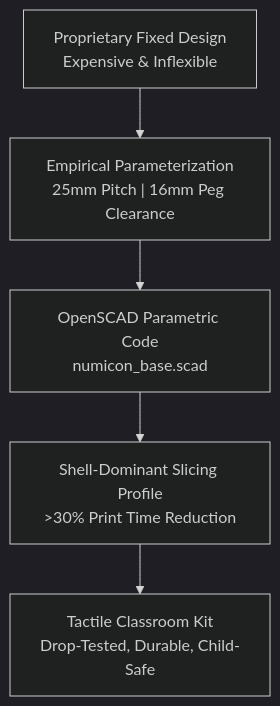
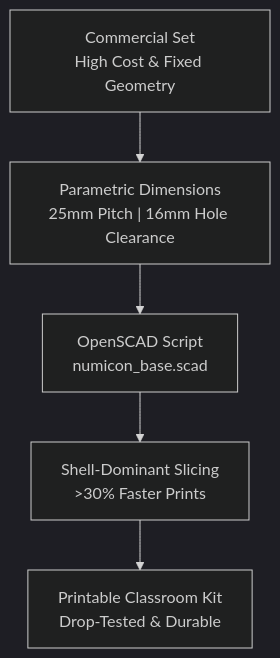
Before and after one commit to dhamodharankkp-oss/dhamodharan-kkp: the diagram in projects/toy-designs-and-products/numicon-math-shapes.md, drawn with Mermaid (dark theme). The commit also changed other lines of this file and 1 other file, not shown here.

Commit message:
Refine writing tone for Numicon Math Manipulatives and Tamil Mensuration 3D Solids pages

````diff
--- a/projects/toy-designs-and-products/numicon-math-shapes.md
+++ b/projects/toy-designs-and-products/numicon-math-shapes.md
@@ -14,7 +13,7 @@
 ```mermaid
 flowchart TD
-    A["Proprietary Fixed Design<br>Expensive & Inflexible"] --> B["Empirical Parameterization<br>25mm Pitch | 16mm Peg Clearance"]
-    B --> C["OpenSCAD Parametric Code<br>numicon_base.scad"]
-    C --> D["Shell-Dominant Slicing Profile<br>>30% Print Time Reduction"]
-    D --> E["Tactile Classroom Kit<br>Drop-Tested, Durable, Child-Safe"]
+    A["Commercial Set<br>High Cost & Fixed Geometry"] --> B["Parametric Dimensions<br>25mm Pitch | 16mm Hole Clearance"]
+    B --> C["OpenSCAD Script<br>numicon_base.scad"]
+    C --> D["Shell-Dominant Slicing<br>>30% Faster Prints"]
+    D --> E["Printable Classroom Kit<br>Drop-Tested & Durable"]
 ```
````
